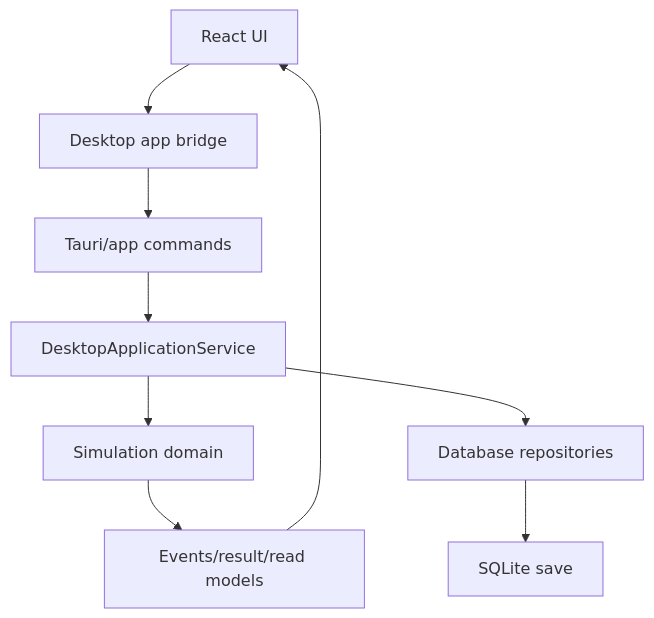
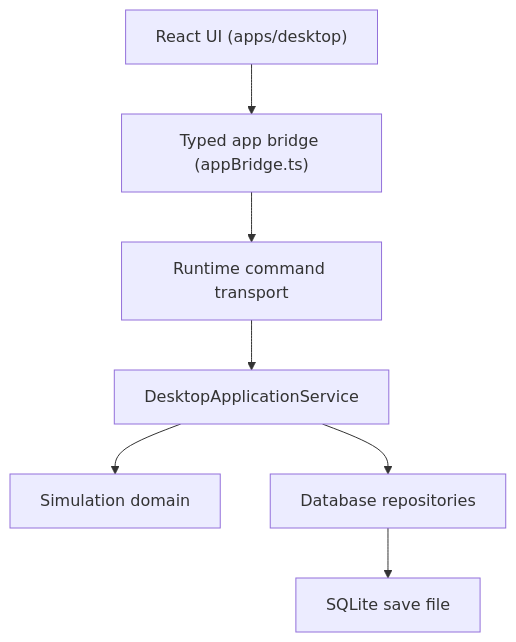
Before and after one commit to huntersam-ttl/nepali-fm26: the diagram in docs/architecture/desktop-save-integration.md, drawn with Mermaid. The commit also changed other lines of this file and 26 other files, not shown here.

First line of the commit message:
Wire desktop runtime to real SQLite saves

````diff
--- a/docs/architecture/desktop-save-integration.md
+++ b/docs/architecture/desktop-save-integration.md
@@ -36,11 +9,9 @@
 ```mermaid
 flowchart TD
-  UI["React UI"] --> Bridge["Desktop app bridge"]
-  Bridge --> Commands["Tauri/app commands"]
-  Commands --> Service["DesktopApplicationService"]
+  UI["React UI (apps/desktop)"] --> Bridge["Typed app bridge (appBridge.ts)"]
+  Bridge --> Transport["Runtime command transport"]
+  Transport --> Service["DesktopApplicationService"]
   Service --> Simulation["Simulation domain"]
   Service --> Repositories["Database repositories"]
-  Repositories --> SQLite["SQLite save"]
-  Simulation --> Result["Events/result/read models"]
-  Result --> UI
+  Repositories --> SQLite["SQLite save file"]
 ```
````
